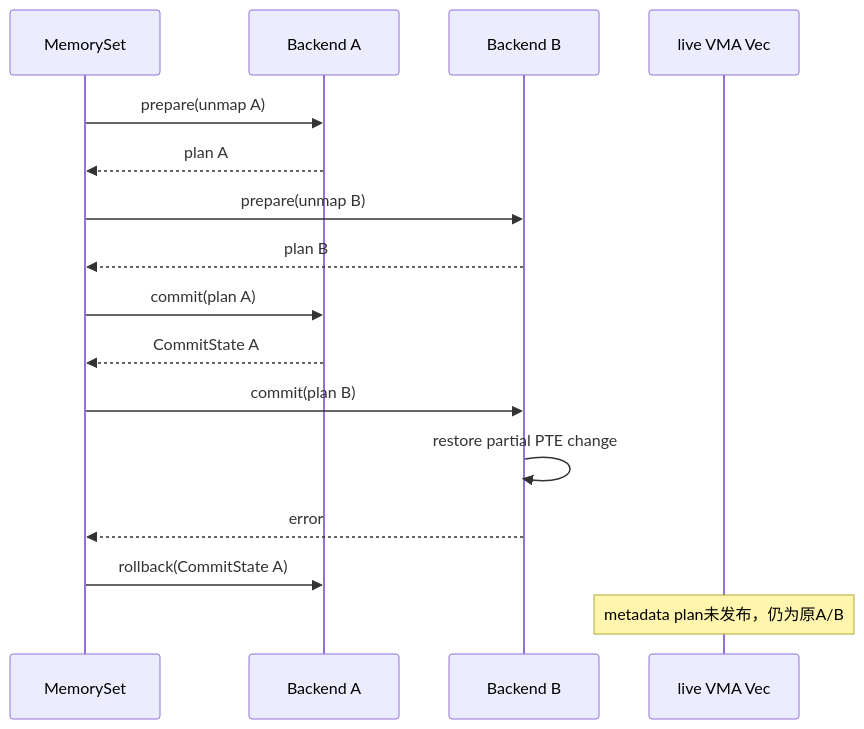
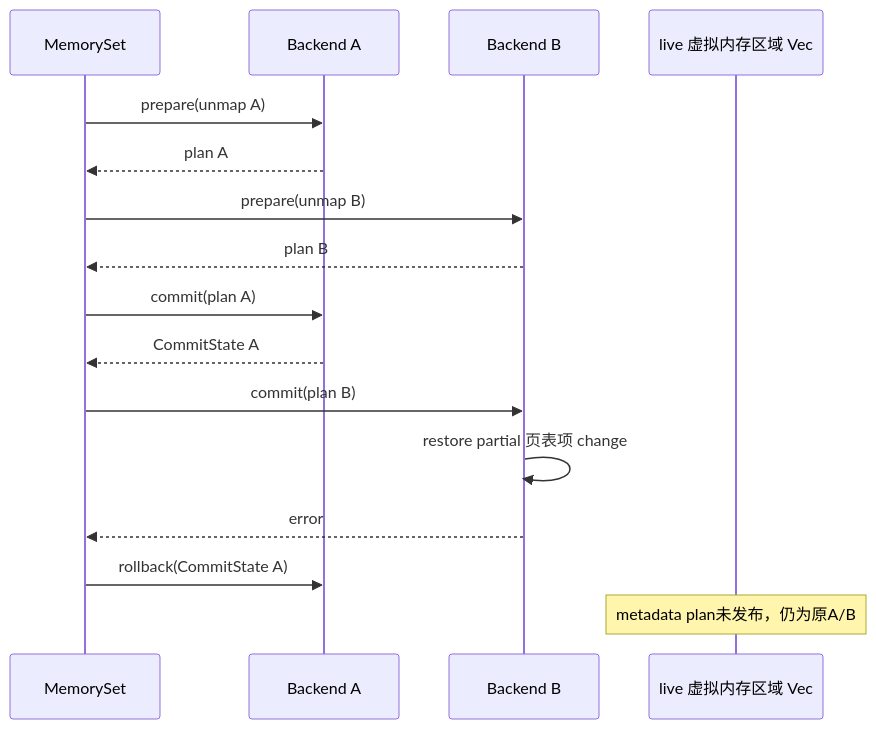
One commit to rcore-os/tgoskits changed the second of 2 diagrams in docs/docs/architecture/memory/address-space.md. Above: the diagram before and after it, drawn with Mermaid. The commit also changed other lines of this file and 12 other files, not shown here.

````diff
--- a/docs/docs/architecture/memory/address-space.md
+++ b/docs/docs/architecture/memory/address-space.md
@@ -313,19 +313,19 @@
 ```mermaid
 sequenceDiagram
     participant Set as MemorySet
     participant A as Backend A
     participant B as Backend B
-    participant Meta as live VMA Vec
+    participant Meta as live 虚拟内存区域 Vec
 
     Set->>A: prepare(unmap A)
     A-->>Set: plan A
     Set->>B: prepare(unmap B)
     B-->>Set: plan B
     Set->>A: commit(plan A)
     A-->>Set: CommitState A
     Set->>B: commit(plan B)
-    B->>B: restore partial PTE change
+    B->>B: restore partial 页表项 change
     B-->>Set: error
     Set->>A: rollback(CommitState A)
     Note over Meta: metadata plan未发布，仍为原A/B
 ```
````
